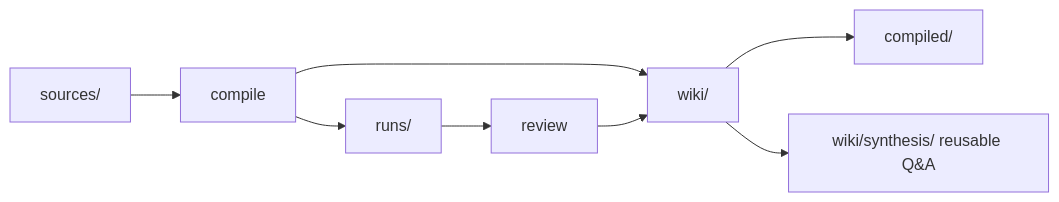
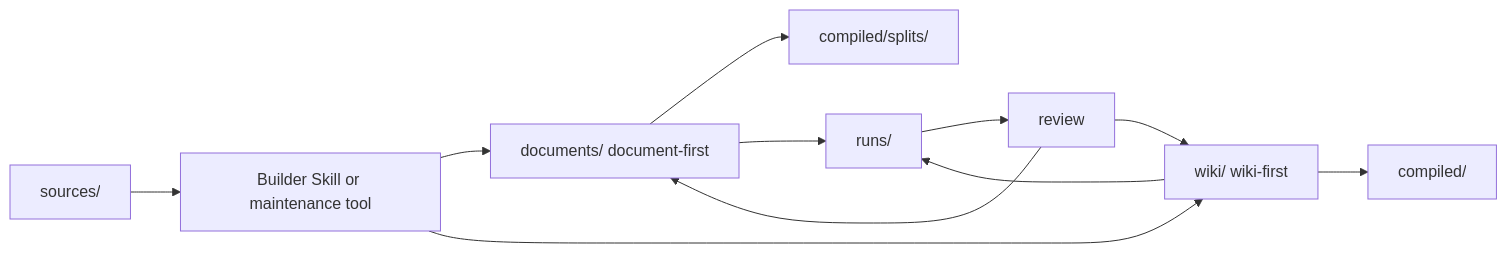
One commit to limecloud/agentknowledge changed the diagram in docs/en/authoring/knowledge-engineering-loop.md. Above: the diagram before and after it, drawn with Mermaid. The commit also changed other lines of this file and 60 other files, not shown here.

````diff
--- a/docs/en/authoring/knowledge-engineering-loop.md
+++ b/docs/en/authoring/knowledge-engineering-loop.md
@@ -32,10 +38,13 @@
 ```mermaid
 flowchart LR
-  Sources["sources/"] --> Compile["compile"]
-  Compile --> Wiki["wiki/"]
+  Sources["sources/"] --> Compile["Builder Skill or maintenance tool"]
+  Compile --> Documents["documents/ document-first"]
+  Compile --> Wiki["wiki/ wiki-first"]
+  Documents --> Splits["compiled/splits/"]
   Wiki --> Compiled["compiled/"]
-  Wiki --> QA["wiki/synthesis/ reusable Q&A"]
-  Compile --> Runs["runs/"]
+  Documents --> Runs["runs/"]
+  Wiki --> Runs
   Runs --> Review["review"]
+  Review --> Documents
   Review --> Wiki
 ```
````
